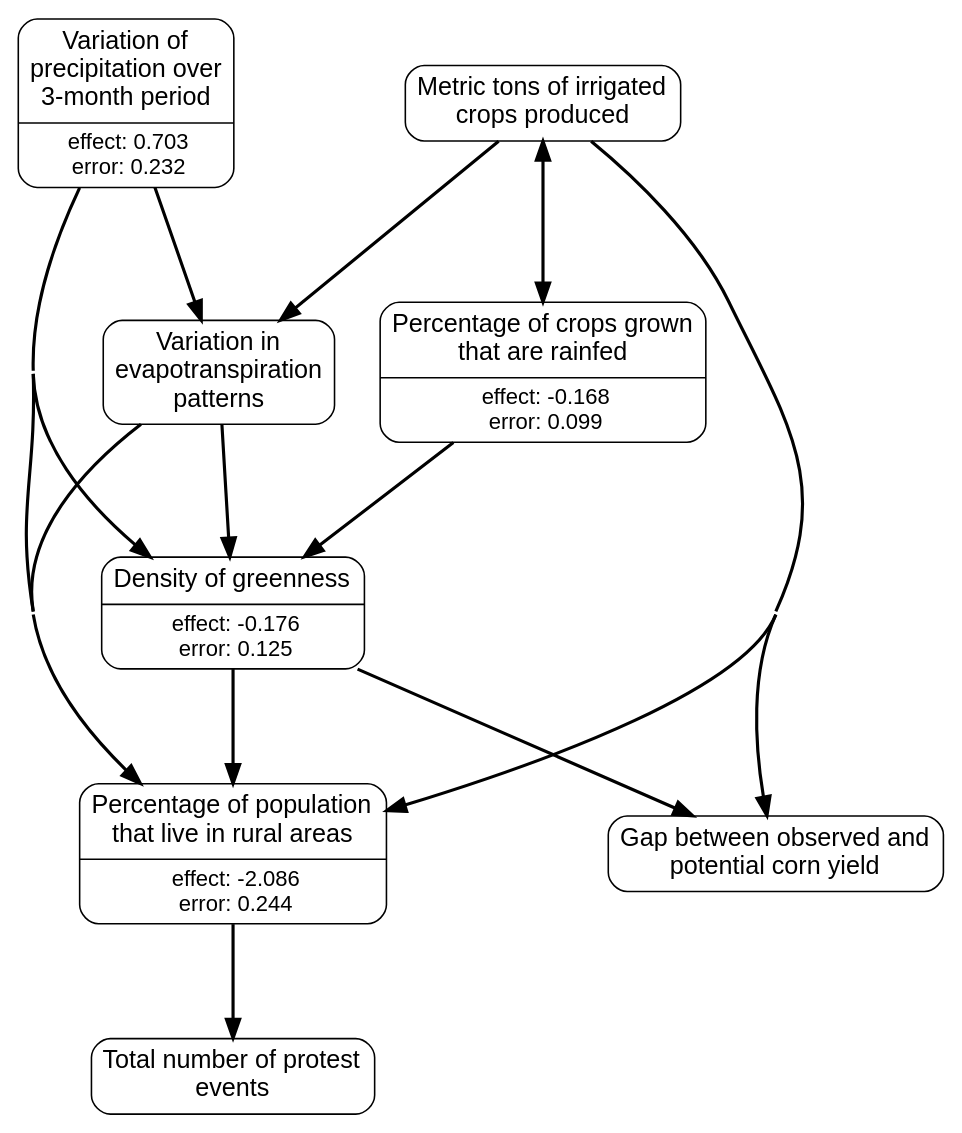
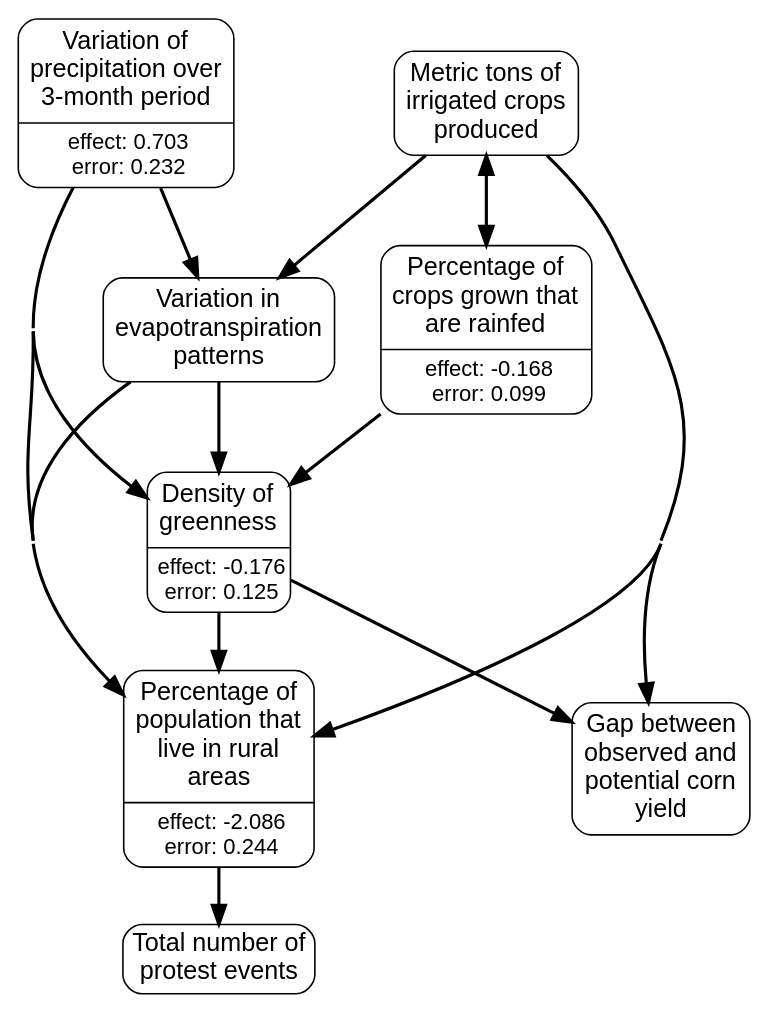
One commit to wri/wri-wpsi changed the diagram in app/javascript/images/regions/causal_graphs/north_america.gv. Above: the diagram before and after it, drawn with Graphviz. The commit also changed 14 other files, not shown here.

```diff
--- a/app/javascript/images/regions/causal_graphs/north_america.gv
+++ b/app/javascript/images/regions/causal_graphs/north_america.gv
@@ -1,61 +1,60 @@
 # generated file for region: north_america by CausalModelRegionGenerator
 strict digraph causalModel {
 nodesep = 0.4;
 concentrate = true;
 node[shape = Mrecord, fontname = "Helvetica, Arial, sans-serif", margin = "0.07,0.05", penwidth = 1.0];
 edge[arrowsize = 1.2, penwidth = 2];
-ranksep=1;
+
+#ranks
 
 # links
 rurratio_s -> acl_pprt_evnt_m;
 et_anom_m_STD_m -> rurratio_s;
 et_anom_m_STD_m -> ndvi_act_min_m;
 ndvi_act_min_m -> rurratio_s;
 ndvi_act_min_m -> yield_gap_maize_s;
 spi_3_m -> rurratio_s;
 spi_3_m -> et_anom_m_STD_m;
 spi_3_m -> ndvi_act_min_m;
 rainfed_s -> ndvi_act_min_m;
 rainfed_s -> spam_P_i_sum_s;
 spam_P_i_sum_s -> rurratio_s;
 spam_P_i_sum_s -> et_anom_m_STD_m;
 spam_P_i_sum_s -> rainfed_s;
 spam_P_i_sum_s -> yield_gap_maize_s;
 # nodes
 rurratio_s [label = <{<table align="center" border="0" cellspacing="1" cellpadding="1">
-<tr><td><font point-size="16">Percentage of population<br/>that live in rural areas<br/></font></td></tr>
+<tr><td><font point-size="16">Percentage of<br/>population that<br/>live in rural<br/>areas<br/></font></td></tr>
 </table>
 |<table border="0" cellspacing="1" cellpadding="0.5"><tr><td><font point-size="14">effect: -2.086</font></td></tr>
 <tr><td><font point-size="14">error: 0.244</font></td></tr></table>}>, class = rankB];
 et_anom_m_STD_m [label = <<table align="center" border="0" cellspacing="1" cellpadding="1">
 <tr><td><font point-size="16">Variation in<br/>evapotranspiration<br/>patterns<br/></font></td></tr>
 </table>
 >, class = rankB];
 ndvi_act_min_m [label = <{<table align="center" border="0" cellspacing="1" cellpadding="1">
-<tr><td><font point-size="16">Density of greenness</font></td></tr>
+<tr><td><font point-size="16">Density of<br/>greenness<br/></font></td></tr>
 </table>
 |<table border="0" cellspacing="1" cellpadding="0.5"><tr><td><font point-size="14">effect: -0.176</font></td></tr>
 <tr><td><font point-size="14">error: 0.125</font></td></tr></table>}>, class = rankB];
 spi_3_m [label = <{<table align="center" border="0" cellspacing="1" cellpadding="1">
 <tr><td><font point-size="16">Variation of<br/>precipitation over<br/>3-month period<br/></font></td></tr>
 </table>
 |<table border="0" cellspacing="1" cellpadding="0.5"><tr><td><font point-size="14">effect: 0.703</font></td></tr>
 <tr><td><font point-size="14">error: 0.232</font></td></tr></table>}>, class = rankA];
 rainfed_s [label = <{<table align="center" border="0" cellspacing="1" cellpadding="1">
-<tr><td><font point-size="16">Percentage of crops grown<br/>that are rainfed<br/></font></td></tr>
+<tr><td><font point-size="16">Percentage of<br/>crops grown that<br/>are rainfed<br/></font></td></tr>
 </table>
 |<table border="0" cellspacing="1" cellpadding="0.5"><tr><td><font point-size="14">effect: -0.168</font></td></tr>
 <tr><td><font point-size="14">error: 0.099</font></td></tr></table>}>, class = rankB];
 spam_P_i_sum_s [label = <<table align="center" border="0" cellspacing="1" cellpadding="1">
-<tr><td><font point-size="16">Metric tons of irrigated<br/>crops produced<br/></font></td></tr>
+<tr><td><font point-size="16">Metric tons of<br/>irrigated crops<br/>produced<br/></font></td></tr>
 </table>
 >, class = rankB];
 yield_gap_maize_s [label = <<table align="center" border="0" cellspacing="1" cellpadding="1">
-<tr><td><font point-size="16">Gap between observed and<br/>potential corn yield<br/></font></td></tr>
+<tr><td><font point-size="16">Gap between<br/>observed and<br/>potential corn<br/>yield<br/></font></td></tr>
 </table>
 >, class = rankB];
-acl_pprt_evnt_m [label = <<table align="center" border="0" cellspacing="1" cellpadding="1">
-<tr><td><font point-size="16">Total number of protest<br/>events<br/></font></td></tr>
-</table>
->, class = rankC];
+acl_pprt_evnt_m [label = "Total number of
+protest events", class = rankC, shape=box, style=rounded, fontsize="16pt"];
 }
```
